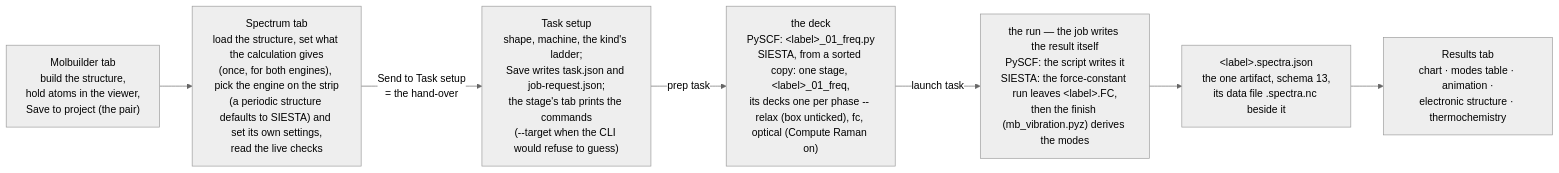
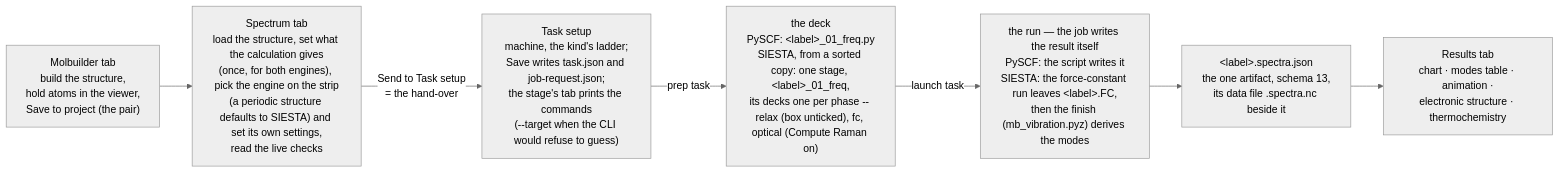
One commit to Qing-LAB/molbuilder changed the first of 2 diagrams in docs/engines/vibration.md. Above: the diagram before and after it, drawn with Mermaid (neutral theme). The commit also changed other lines of this file and 193 other files, not shown here.

````diff
--- a/docs/engines/vibration.md
+++ b/docs/engines/vibration.md
@@ -194,9 +194,9 @@
 ```mermaid
 flowchart LR
   M["Molbuilder tab<br/>build the structure,<br/>hold atoms in the viewer,<br/>Save to project (the pair)"] --> S["Spectrum tab<br/>load the structure, set what the calculation gives<br/>(once, for both engines), pick the engine on the strip<br/>(a periodic structure defaults to SIESTA) and set its own settings,<br/>read the live checks"]
-  S -->|"Send to Task setup<br/>= the hand-over"| T["Task setup<br/>shape, machine, the kind's ladder;<br/>Save writes task.json and job-request.json;<br/>the stage's tab prints the commands<br/>(--target when the CLI would refuse to guess)"]
+  S -->|"Send to Task setup<br/>= the hand-over"| T["Task setup<br/>machine, the kind's ladder;<br/>Save writes task.json and job-request.json;<br/>the stage's tab prints the commands<br/>(--target when the CLI would refuse to guess)"]
   T -->|"prep task"| P["the deck<br/>PySCF: &lt;label&gt;_01_freq.py<br/>SIESTA, from a sorted copy: one stage, &lt;label&gt;_01_freq,<br/>its decks one per phase -- relax (box unticked), fc, optical (Compute Raman on)"]
   P -->|"launch task"| R["the run — the job writes the result itself<br/>PySCF: the script writes it<br/>SIESTA: the force-constant run leaves &lt;label&gt;.FC,<br/>then the finish (mb_vibration.pyz) derives the modes"]
   R --> A["&lt;label&gt;.spectra.json<br/>the one artifact, schema 13,<br/>its data file .spectra.nc beside it"]
   A --> V["Results tab<br/>chart · modes table · animation ·<br/>electronic structure · thermochemistry"]
 ```
````
